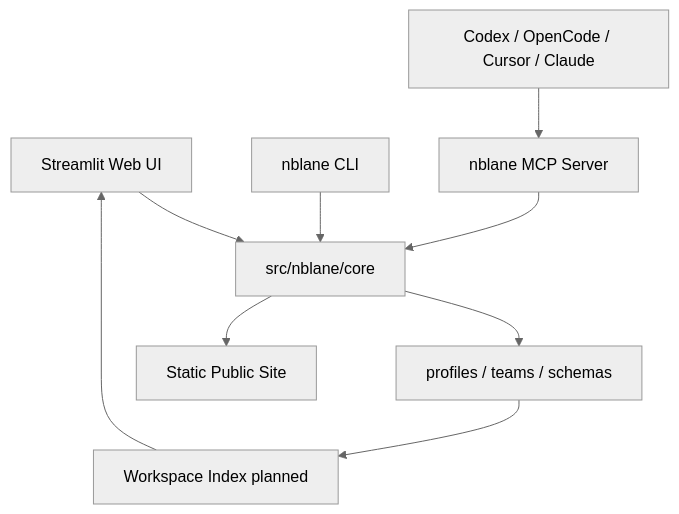
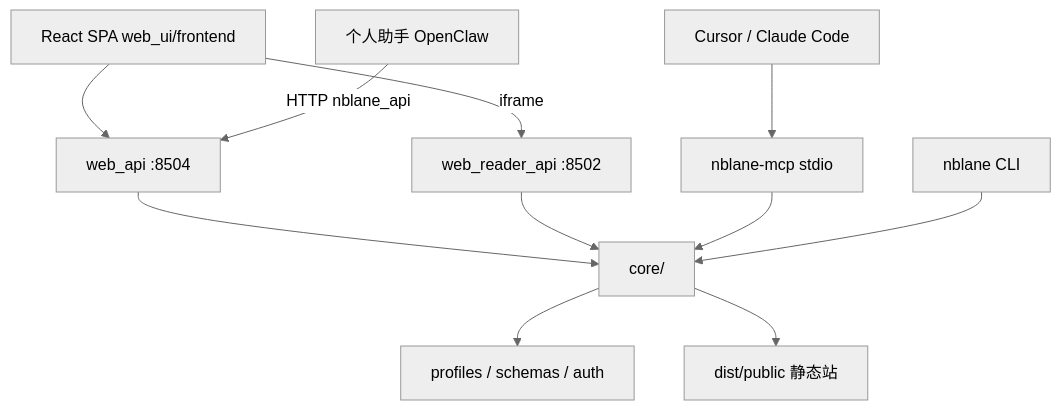
The diagram in docs/zh/architecture/module-map.md (Marsjunwang/nblane), drawn with Mermaid (neutral theme) before and after one commit. The commit also changed other lines of this file and 74 other files, not shown here.

````diff
--- a/docs/zh/architecture/module-map.md
+++ b/docs/zh/architecture/module-map.md
@@ -12,21 +14,26 @@
 ```mermaid
 flowchart TB
-  UI[Streamlit Web UI]
+  SPA[React SPA web_ui/frontend]
+  Assistant[个人助手 OpenClaw]
+  Editor[Cursor / Claude Code]
   CLI[nblane CLI]
-  MCP[nblane MCP Server]
-  Harness[Codex / OpenCode / Cursor / Claude]
 
-  Core[src/nblane/core]
-  Files[profiles / teams / schemas]
-  Index[Workspace Index planned]
-  Public[Static Public Site]
+  API[web_api :8504]
+  Reader[web_reader_api :8502]
+  MCP[nblane-mcp stdio]
 
-  UI --> Core
+  Core[core/]
+  Files[profiles / schemas / auth]
+  Public[dist/public 静态站]
+
+  SPA --> API
+  SPA -->|iframe| Reader
+  Assistant -->|HTTP nblane_api| API
+  Editor --> MCP
+  API --> Core
+  Reader --> Core
+  MCP --> Core
   CLI --> Core
-  Harness --> MCP
-  MCP --> Core
   Core --> Files
-  Files --> Index
-  Index --> UI
   Core --> Public
 ```
````
